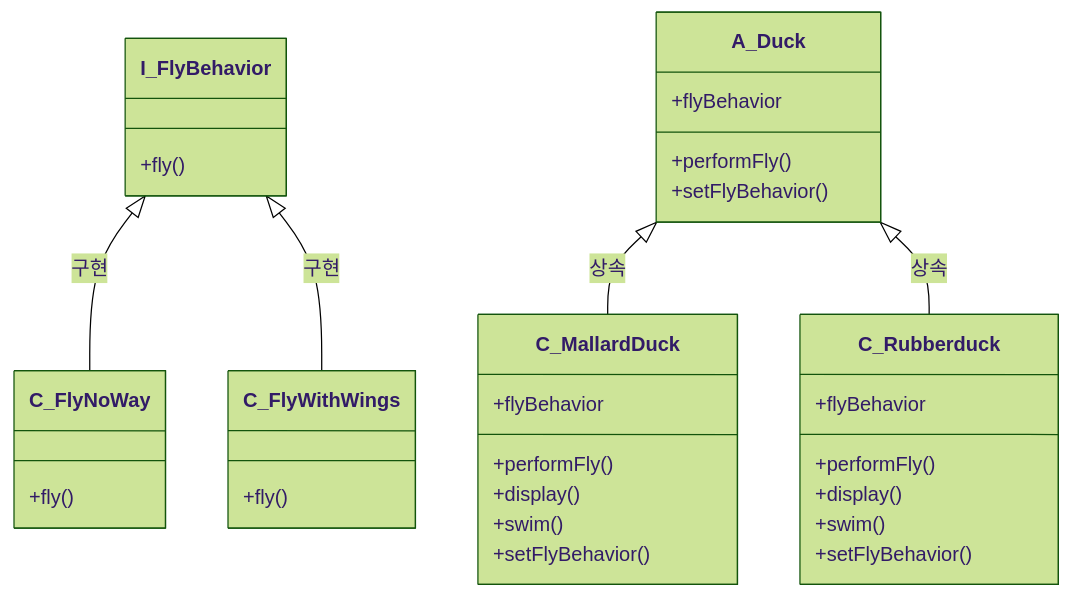
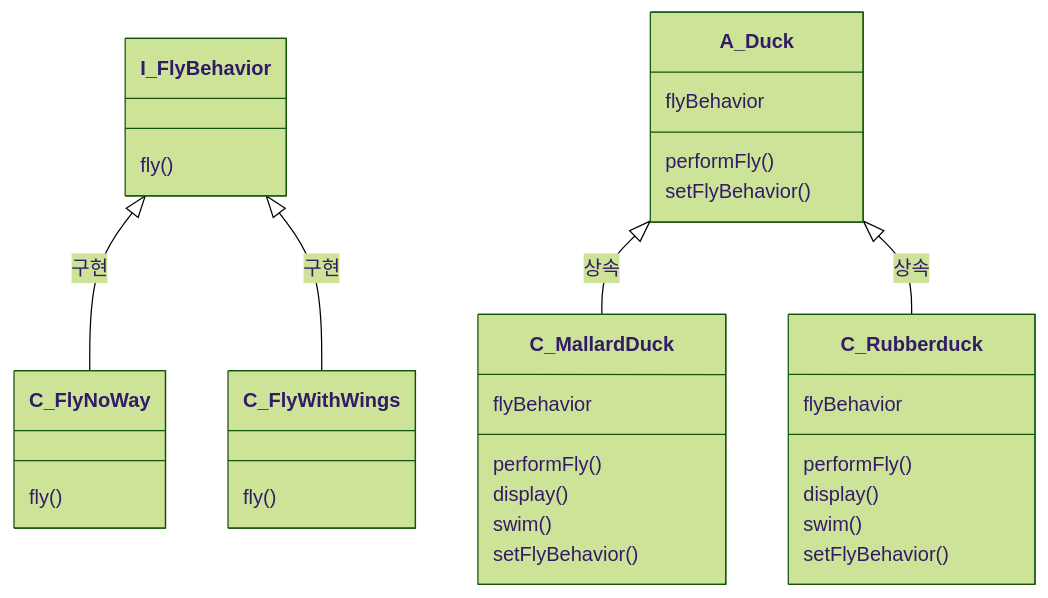
Before and after one commit to changja88/DesignPattern: the fourth of 4 diagrams in src/main/정리/1_StrageyPattern.md, drawn with Mermaid (forest theme). The commit also changed other lines of this file and 12 other files, not shown here.

````diff
--- a/src/main/정리/1_StrageyPattern.md
+++ b/src/main/정리/1_StrageyPattern.md
@@ -140,39 +140,39 @@
 ```mermaid
 classDiagram
 class I_FlyBehavior{
-    +fly()
+    fly()
 }
 class C_FlyNoWay{
-    +fly()
+    fly()
 }
 class C_FlyWithWings{
-    +fly()
+    fly()
 }
 class A_Duck{
-    +flyBehavior
-    +performFly()
-    +setFlyBehavior()
+    flyBehavior
+    performFly()
+    setFlyBehavior()
 }
 class C_MallardDuck{
-    +flyBehavior
-    +performFly()
-    +display()
-    +swim()
-        +setFlyBehavior()
+    flyBehavior
+    performFly()
+    display()
+    swim()
+    setFlyBehavior()
 
 }
 class C_Rubberduck{
-    +flyBehavior
-    +performFly()
-    +display()
-    +swim()
-        +setFlyBehavior()
+    flyBehavior
+    performFly()
+    display()
+    swim()
+    setFlyBehavior()
 
 }
 
 I_FlyBehavior <|-- C_FlyNoWay:구현
 I_FlyBehavior <|-- C_FlyWithWings:구현
 
 A_Duck <|-- C_MallardDuck : 상속
 A_Duck <|-- C_Rubberduck : 상속
 ```
````
